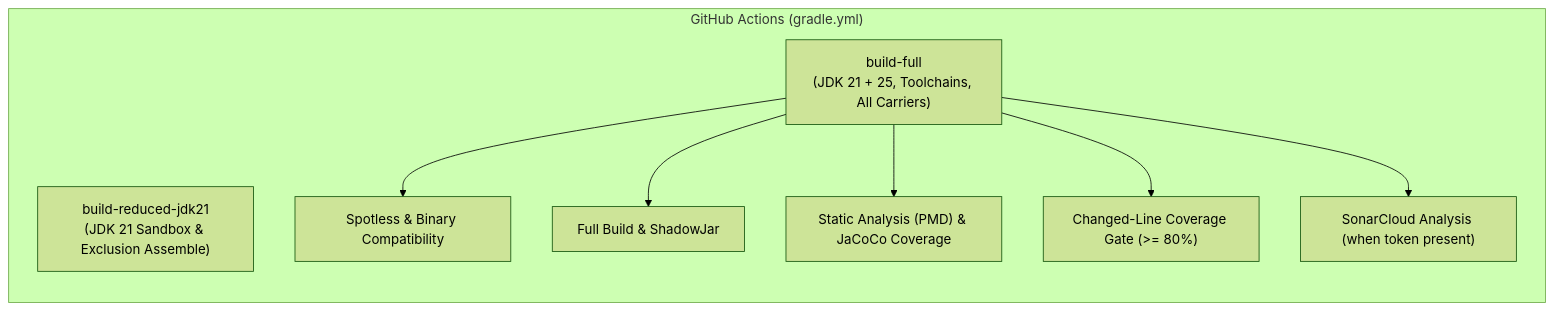
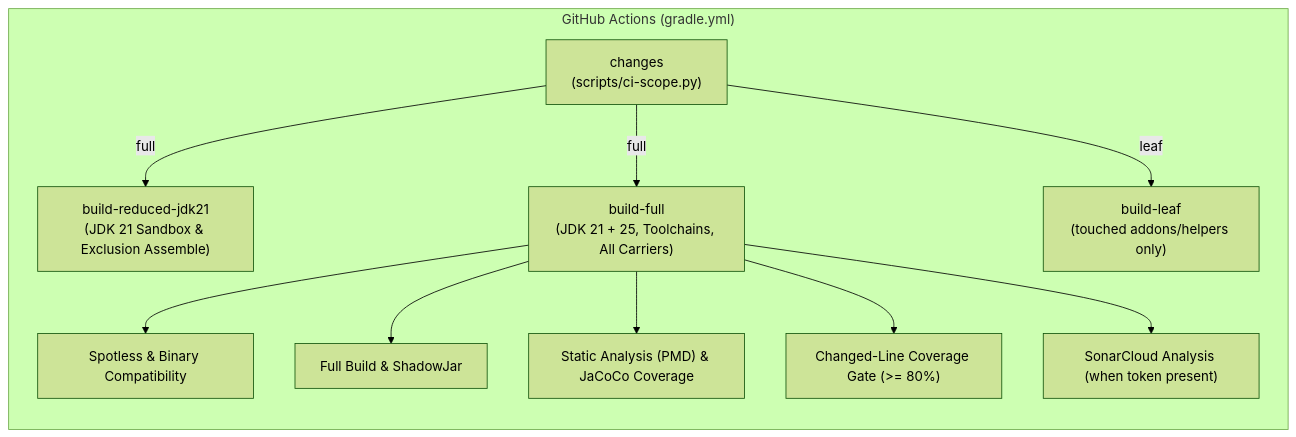
The second of 2 diagrams in docs/dev/PULL_REQUEST_PROCESS.md (DailyStruggle/RTP), drawn with Mermaid (forest theme) before and after one commit. The commit also changed other lines of this file and 3 other files, not shown here.

````diff
--- a/docs/dev/PULL_REQUEST_PROCESS.md
+++ b/docs/dev/PULL_REQUEST_PROCESS.md
@@ -192,13 +192,17 @@
 ```mermaid
 flowchart LR
     subgraph CI["GitHub Actions (gradle.yml)"]
         direction TB
+        S["changes\n(scripts/ci-scope.py)"]
+        S -->|full| A
+        S -->|full| B
+        S -->|leaf| L["build-leaf\n(touched addons/helpers only)"]
         A["build-reduced-jdk21\n(JDK 21 Sandbox & Exclusion Assemble)"]
         B["build-full\n(JDK 21 + 25, Toolchains, All Carriers)"]
         B --> C["Spotless & Binary Compatibility"]
         B --> D["Full Build & ShadowJar"]
         B --> E["Static Analysis (PMD) & JaCoCo Coverage"]
         B --> F["Changed-Line Coverage Gate (>= 80%)"]
         B --> G["SonarCloud Analysis (when token present)"]
     end
 ```
````
